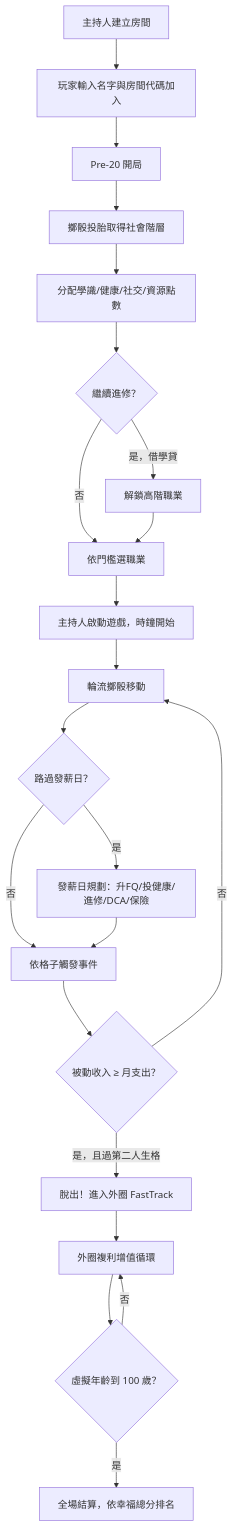
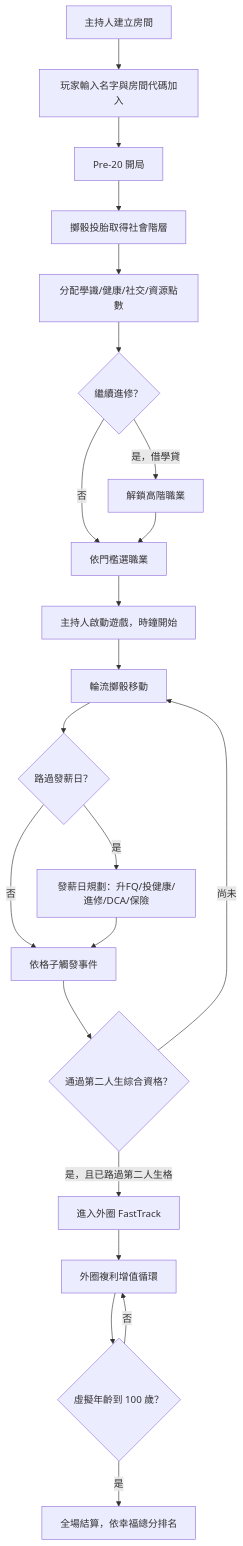
Before and after one commit to thestartup-lab/money-game: the diagram in INTRODUCTION.md, drawn with Mermaid. The commit also changed other lines of this file and 35 other files, not shown here.

Commit message:
feat: streamline round flow and unify game interfaces

````diff
--- a/INTRODUCTION.md
+++ b/INTRODUCTION.md
@@ -101,24 +104,24 @@
 ```mermaid
 flowchart TD
     A[主持人建立房間] --> B[玩家輸入名字與房間代碼加入]
     B --> C[Pre-20 開局]
     C --> C1[擲骰投胎取得社會階層]
     C1 --> C2[分配學識/健康/社交/資源點數]
     C2 --> C3{繼續進修？}
     C3 -->|是，借學貸| C4[解鎖高階職業]
     C3 -->|否| C5[依門檻選職業]
     C4 --> C5
     C5 --> D[主持人啟動遊戲，時鐘開始]
     D --> E[輪流擲骰移動]
     E --> F{路過發薪日？}
     F -->|是| G[發薪日規劃：升FQ/投健康/進修/DCA/保險]
     F -->|否| H[依格子觸發事件]
     G --> H
-    H --> I{被動收入 ≥ 月支出？}
-    I -->|是，且過第二人生格| J[脫出！進入外圈 FastTrack]
-    I -->|否| E
+    H --> I{通過第二人生綜合資格？}
+    I -->|是，且已路過第二人生格| J[進入外圈 FastTrack]
+    I -->|尚未| E
     J --> K[外圈複利增值循環]
     K --> L{虛擬年齡到 100 歲？}
     L -->|是| M[全場結算，依幸福總分排名]
     L -->|否| K
 ```
````
